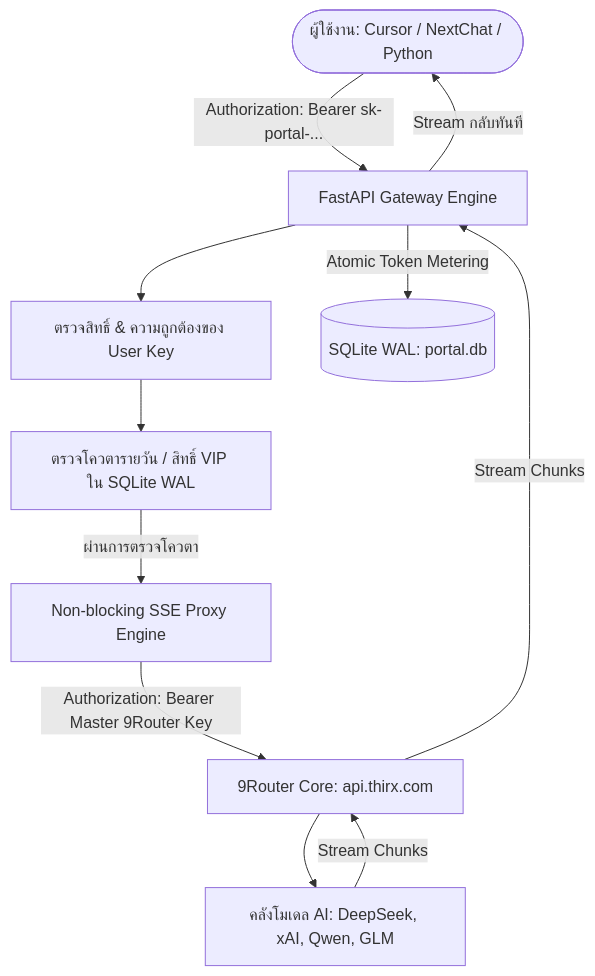
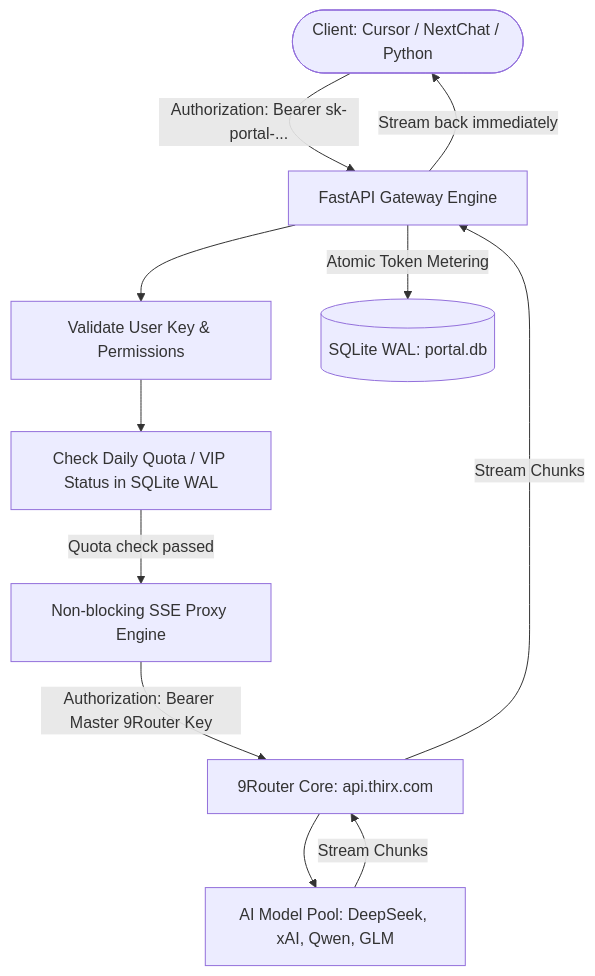
One commit to ffxlm/Ai-Gateway changed the diagram in README.md. Above: the diagram before and after it, drawn with Mermaid. The commit also changed other lines of this file, not shown here.

Commit message:
docs: rewrite README in English and document midnight quota reset

````diff
--- a/README.md
+++ b/README.md
@@ -39,17 +39,17 @@
 ```mermaid
 flowchart TD
-    Client([ผู้ใช้งาน: Cursor / NextChat / Python]) -->|Authorization: Bearer sk-portal-...| Gateway[FastAPI Gateway Engine]
-    
-    Gateway --> Auth[ตรวจสิทธิ์ & ความถูกต้องของ User Key]
-    Auth --> Quota[ตรวจโควตารายวัน / สิทธิ์ VIP ใน SQLite WAL]
-    
-    Quota -->|ผ่านการตรวจโควตา| Stream[Non-blocking SSE Proxy Engine]
-    
+    Client([Client: Cursor / NextChat / Python]) -->|Authorization: Bearer sk-portal-...| Gateway[FastAPI Gateway Engine]
+
+    Gateway --> Auth[Validate User Key & Permissions]
+    Auth --> Quota[Check Daily Quota / VIP Status in SQLite WAL]
+
+    Quota -->|Quota check passed| Stream[Non-blocking SSE Proxy Engine]
+
     Stream -->|Authorization: Bearer Master 9Router Key| Router9[9Router Core: api.thirx.com]
-    
-    Router9 --> ModelPool[คลังโมเดล AI: DeepSeek, xAI, Qwen, GLM]
+
+    Router9 --> ModelPool[AI Model Pool: DeepSeek, xAI, Qwen, GLM]
     ModelPool -->|Stream Chunks| Router9
     Router9 -->|Stream Chunks| Gateway
     Gateway -->|Atomic Token Metering| DB[(SQLite WAL: portal.db)]
-    Gateway -->|Stream กลับทันที| Client
+    Gateway -->|Stream back immediately| Client
 ```
````
